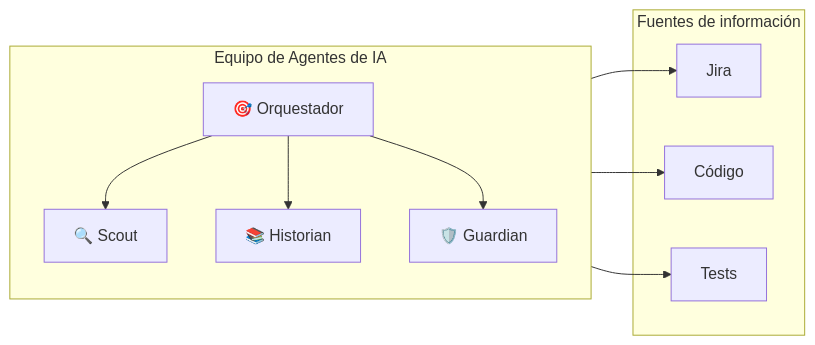
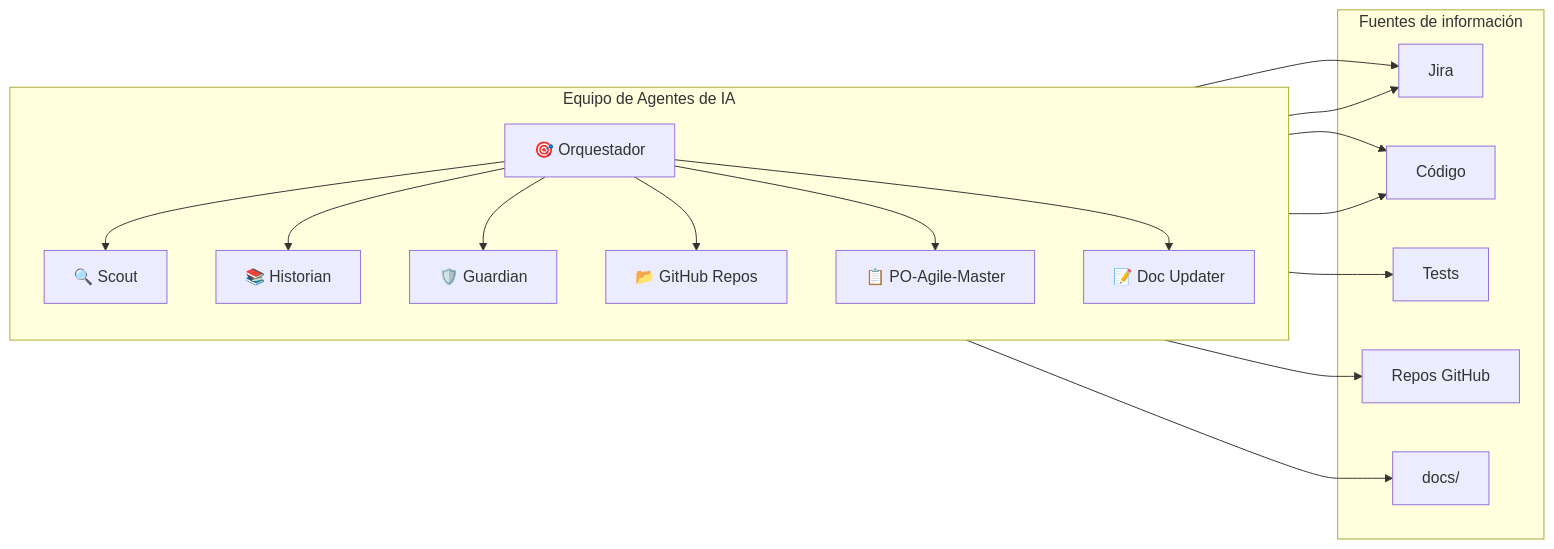
The first of 2 diagrams in docs/architecture/5-agents-functional-architecture.md (CARLOSPATINOVELEZ19/prueba-agente-po), drawn with Mermaid before and after one commit. The commit also changed other lines of this file and 9 other files, not shown here.

First line of the commit message:
feat: agente PO-Agile-Master para Historias de Usuario en Jira

````diff
--- a/docs/architecture/5-agents-functional-architecture.md
+++ b/docs/architecture/5-agents-functional-architecture.md
@@ -17,20 +17,29 @@
 ```mermaid
 flowchart LR
     subgraph equipo ["Equipo de Agentes de IA"]
         direction TB
         O[🎯 Orquestador]
         O --> S[🔍 Scout]
         O --> H[📚 Historian]
         O --> G[🛡️ Guardian]
+        O --> R[📂 GitHub Repos]
+        O --> P[📋 PO-Agile-Master]
+        O --> D[📝 Doc Updater]
     end
 
     subgraph fuentes ["Fuentes de información"]
         J[Jira]
         C[Código]
         T[Tests]
+        GH[Repos GitHub]
+        DOC[docs/]
     end
 
     S --> J
     H --> C
     G --> T
+    R --> GH
+    P --> J
+    D --> C
+    D --> DOC
 ```
````
